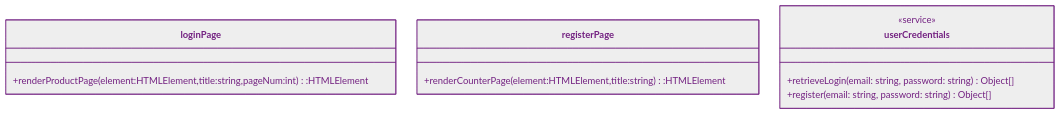
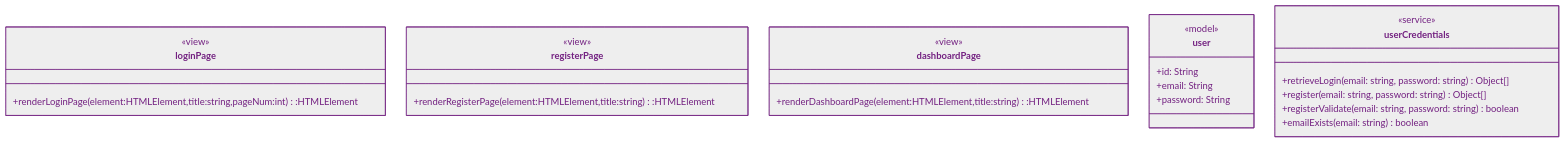
One commit to null-0ne/COSA-195-Gamehub changed the diagram in uml/icd.md. Above: the diagram before and after it, drawn with Mermaid. The commit also changed 2 other files, not shown here.

Commit message:
Finished erd

````diff
--- a/uml/icd.md
+++ b/uml/icd.md
@@ -3,32 +3,47 @@
 ```mermaid
 %%{init:{"securityLevel":"loose","layout":"elk","elk":{"nodePlacementStrategy":"NETWORK_SIMPLEX"},"theme":"base",
 "themeVariables":{"primaryColor":"#EEE","primaryTextColor":"#732181","primaryBorderColor":"#732181","lineColor":"#009ABE","noteBorderColor":"#732181","noteBkgColor":"#F38A00","activationBkgColor":"#F38A00"    }
 }}%%
 %%----------------------- MERMAID MARKUP BELOW --------------------%%
 classDiagram
 %%  direction LR
 
     class loginPage {
-        +renderProductPage(element:HTMLElement,title:string,pageNum:int):HTMLElement
+    <<view>>
+        +renderLoginPage(element:HTMLElement,title:string,pageNum:int):HTMLElement
     }
 
     class registerPage {
-        +renderCounterPage(element:HTMLElement,title:string):HTMLElement
+    <<view>>
+        +renderRegisterPage(element:HTMLElement,title:string):HTMLElement
     }
 
+    class dashboardPage{
+    <<view>>
+        +renderDashboardPage(element:HTMLElement,title:string):HTMLElement
+    }
 
+    class user {
+    <<model>>
+        +id: String
+        +email: String
+        +password: String
+    }
 
     %% Relationships
     
     
 
 %%----- Services -----%%
 
 class userCredentials{
     <<service>>
     +retrieveLogin(email: string, password: string) Object[]
     +register(email: string, password: string) Object[]
+    +registerValidate(email: string, password: string) boolean
+    +emailExists(email: string) boolean
+    
 }
 
 %%----------------------- MERMAID MARKUP ABOVE --------------------%%    
 ```
````
